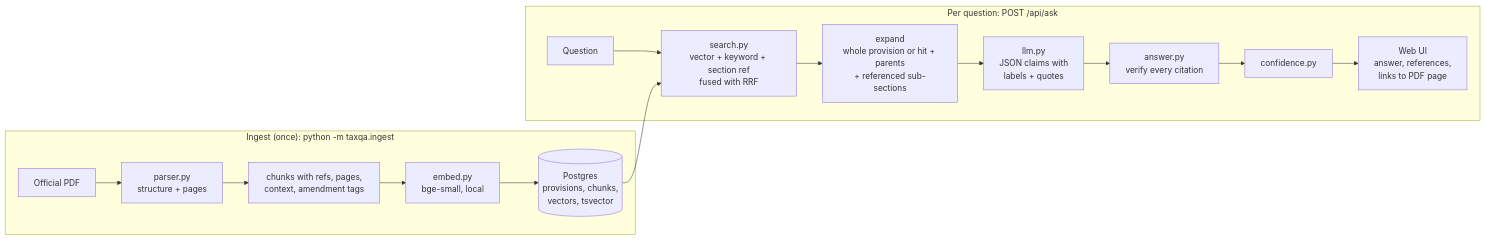
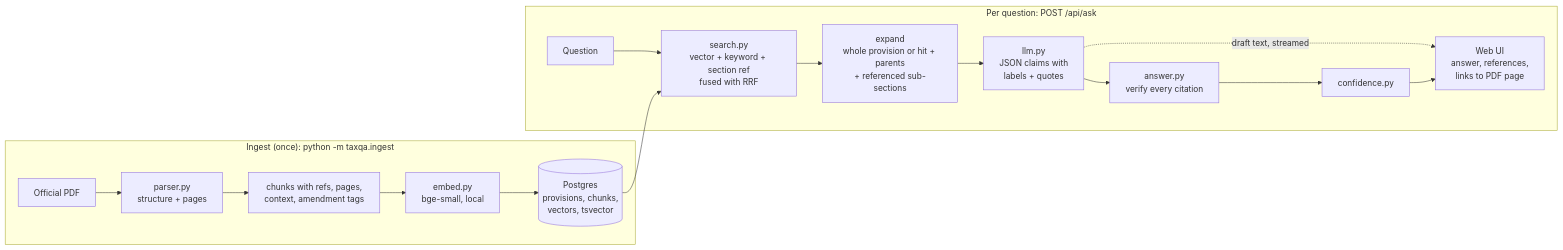
Before and after one commit to soniksarungale/income-tax-act-qa: the diagram in README.md, drawn with Mermaid. The commit also changed other lines of this file and 14 other files, not shown here.

````diff
--- a/README.md
+++ b/README.md
@@ -89,18 +89,19 @@
 ```mermaid
 flowchart LR
   subgraph Ingest["Ingest (once): python -m taxqa.ingest"]
     PDF[Official PDF] --> P[parser.py<br/>structure + pages]
     P --> C[chunks with refs, pages,<br/>context, amendment tags]
     C --> E[embed.py<br/>bge-small, local]
     E --> DB[(Postgres<br/>provisions, chunks,<br/>vectors, tsvector)]
   end
   subgraph Ask["Per question: POST /api/ask"]
     Q[Question] --> S[search.py<br/>vector + keyword + section ref<br/>fused with RRF]
     DB --> S
     S --> X[expand<br/>whole provision or hit + parents<br/>+ referenced sub-sections]
     X --> L[llm.py<br/>JSON claims with<br/>labels + quotes]
     L --> V[answer.py<br/>verify every citation]
+    L -. draft text, streamed .-> UI
     V --> K[confidence.py]
     K --> UI[Web UI<br/>answer, references,<br/>links to PDF page]
   end
 ```
````
